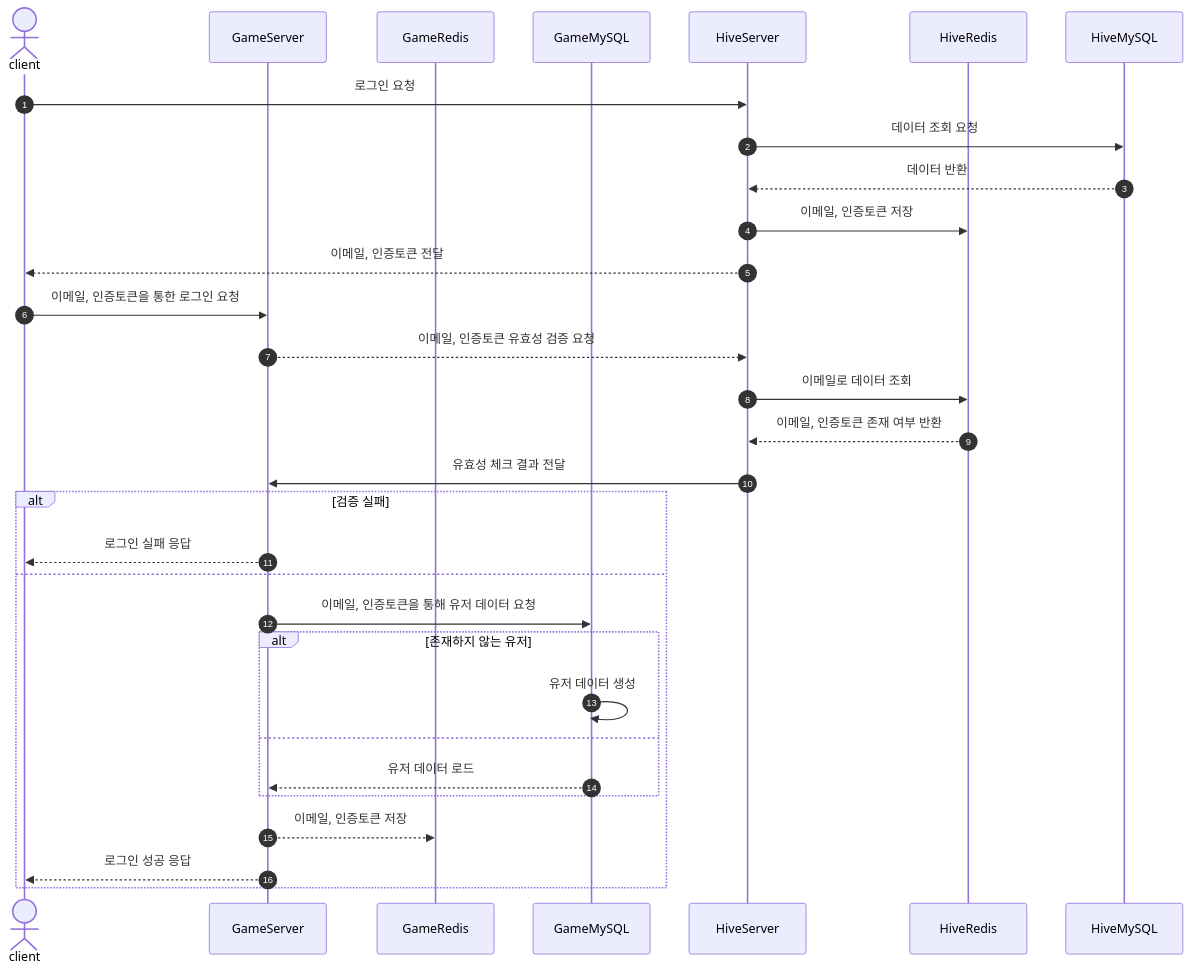
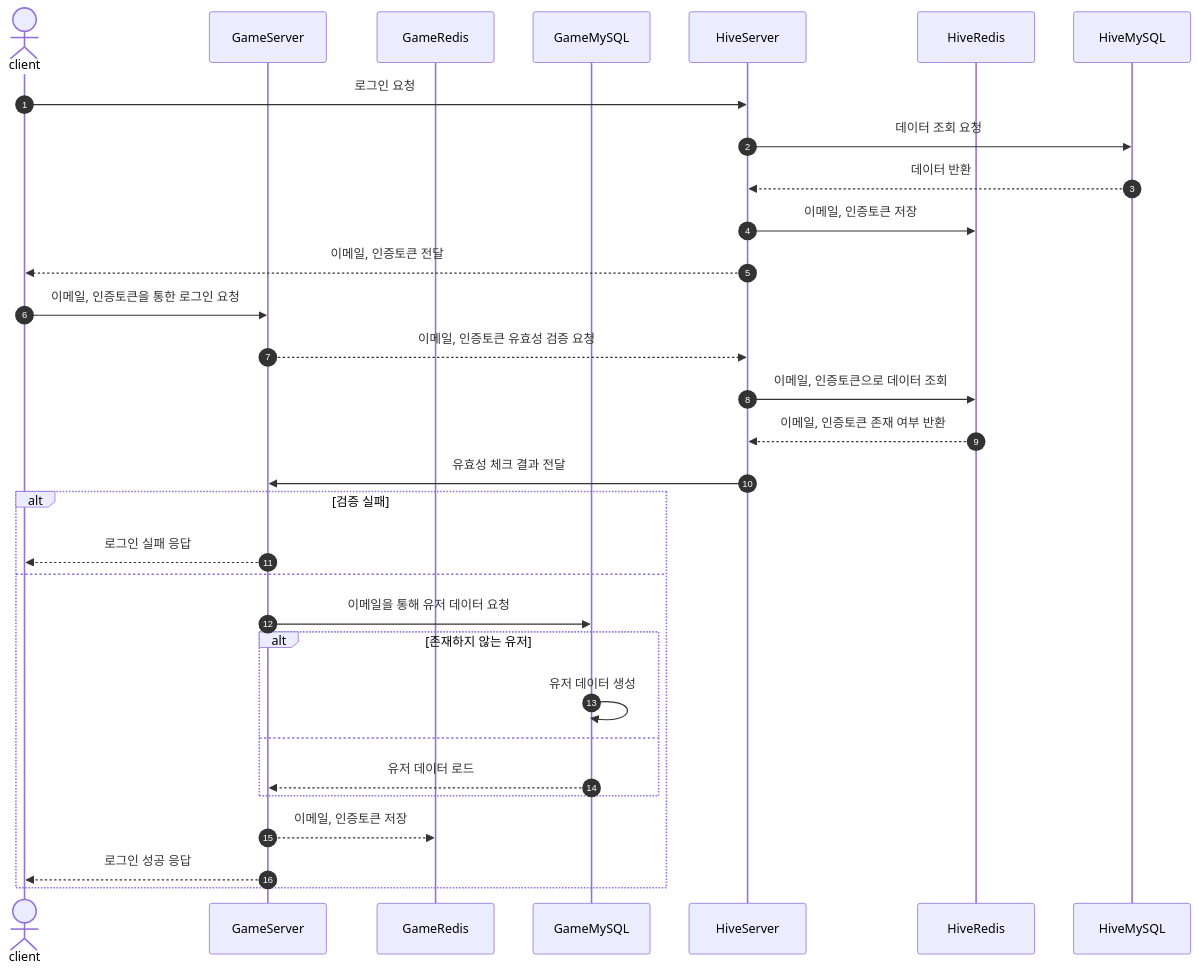
The second of 2 diagrams in SequenceDiagram.md (hhes0225/OmokServer), drawn with Mermaid before and after one commit.

````diff
--- a/SequenceDiagram.md
+++ b/SequenceDiagram.md
@@ -16,33 +16,33 @@
 ```mermaid
 sequenceDiagram
   autonumber
   actor A as client
   participant B as GameServer
   participant C as GameRedis
   participant D as GameMySQL
   participant E as HiveServer
   participant F as HiveRedis
   participant G as HiveMySQL
   A->>E:로그인 요청
   E->>G: 데이터 조회 요청
   G-->>E: 데이터 반환
   E->>F: 이메일, 인증토큰 저장
   E-->>A: 이메일, 인증토큰 전달
   A->>B: 이메일, 인증토큰을 통한 로그인 요청
   B-->>E: 이메일, 인증토큰 유효성 검증 요청
-  E->>F: 이메일로 데이터 조회
+  E->>F: 이메일, 인증토큰으로 데이터 조회
   F-->>E: 이메일, 인증토큰 존재 여부 반환
   E->>B: 유효성 체크 결과 전달
   alt 검증 실패
       B-->>A: 로그인 실패 응답
   else
-      B->>D: 이메일, 인증토큰을 통해 유저 데이터 요청
+      B->>D: 이메일을 통해 유저 데이터 요청
       alt 존재하지 않는 유저
           D->>D: 유저 데이터 생성
       else
           D-->>B: 유저 데이터 로드
       end
       B-->>C: 이메일, 인증토큰 저장
       B-->>A: 로그인 성공 응답
   end
 ```
````
